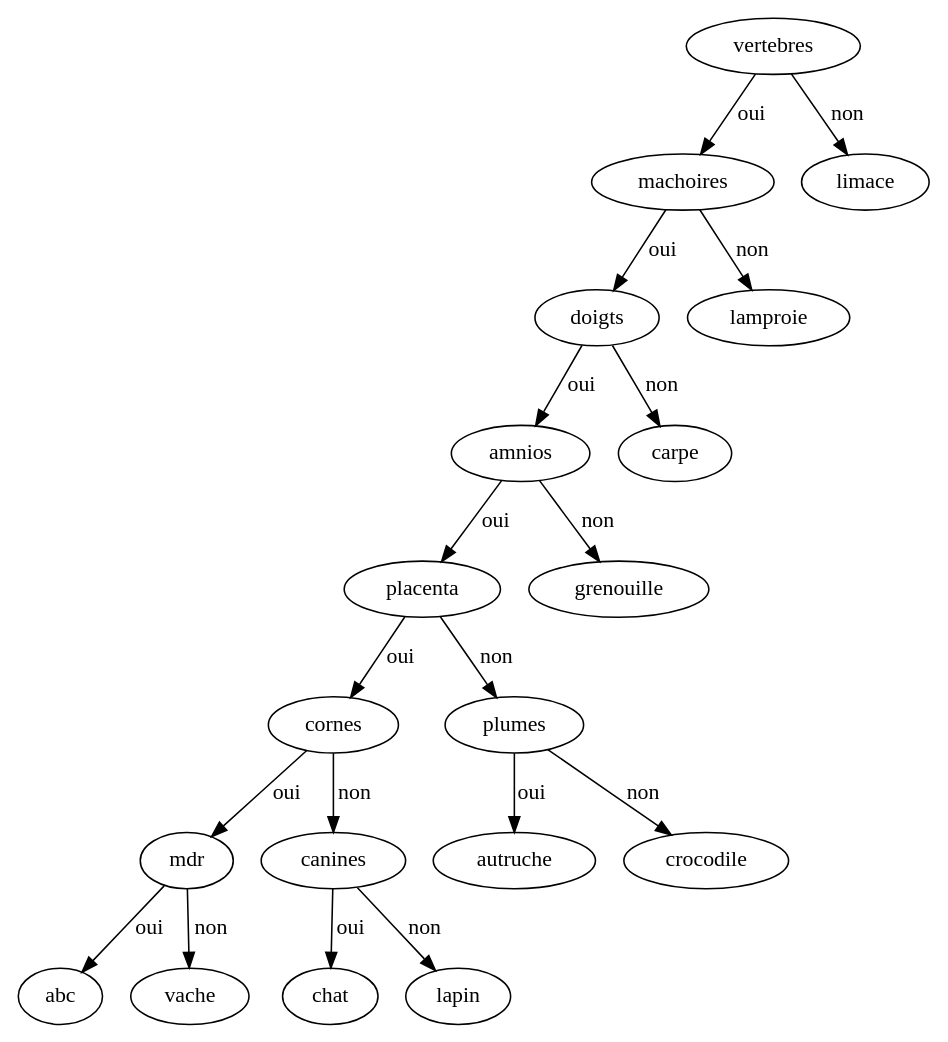
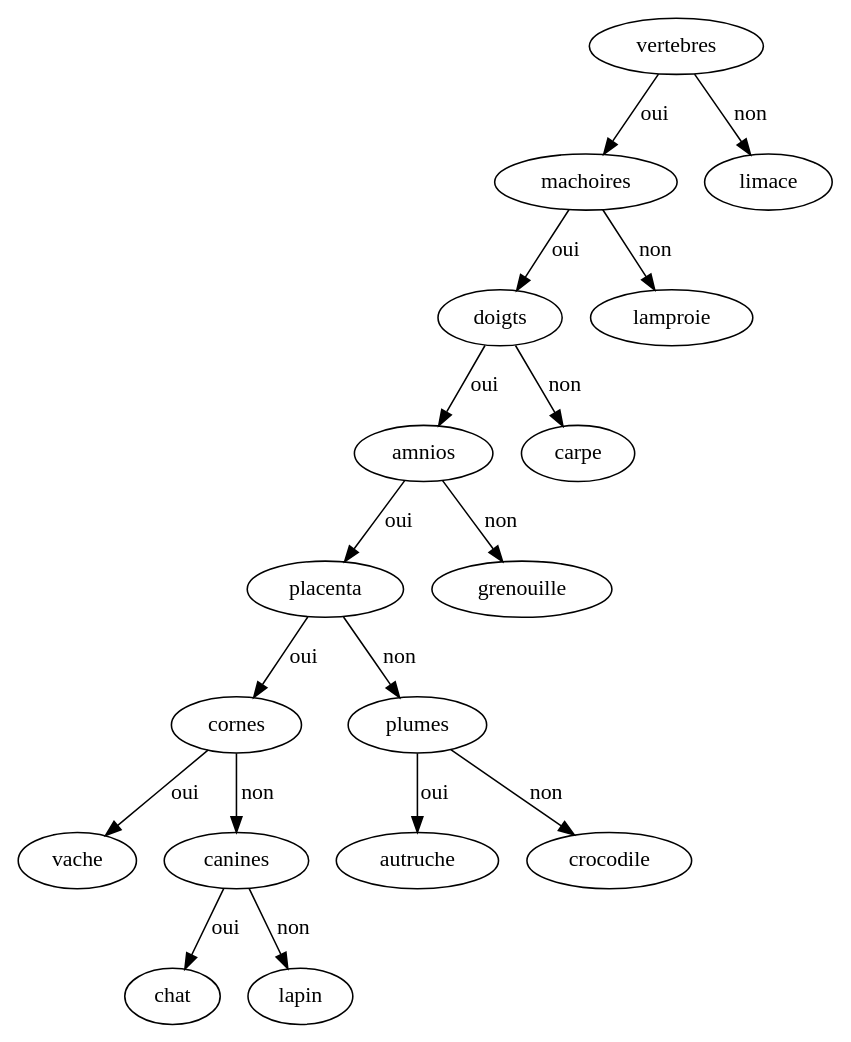
Before and after one commit to Nogesma/INF301-APP: the diagram in APP3/arbre.dot, drawn with Graphviz. The commit also changed 6 other files, not shown here.

```diff
--- a/APP3/arbre.dot
+++ b/APP3/arbre.dot
@@ -1,20 +1,18 @@
 digraph arbre {
 vertebres -> machoires [label = "oui"]
 machoires -> doigts [label = "oui"]
 doigts -> amnios [label = "oui"]
 amnios -> placenta [label = "oui"]
 placenta -> cornes [label = "oui"]
-cornes -> mdr [label = "oui"]
-mdr -> abc [label = "oui"]
-mdr -> vache [label = "non"]
+cornes -> vache [label = "oui"]
 cornes -> canines [label = "non"]
 canines -> chat [label = "oui"]
 canines -> lapin [label = "non"]
 placenta -> plumes [label = "non"]
 plumes -> autruche [label = "oui"]
 plumes -> crocodile [label = "non"]
 amnios -> grenouille [label = "non"]
 doigts -> carpe [label = "non"]
 machoires -> lamproie [label = "non"]
 vertebres -> limace [label = "non"]
 }
```
